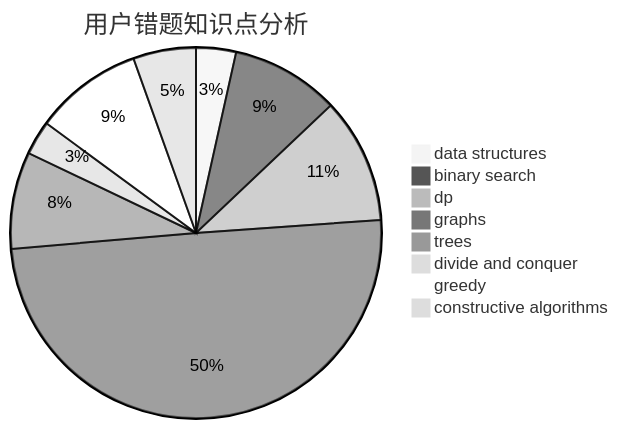
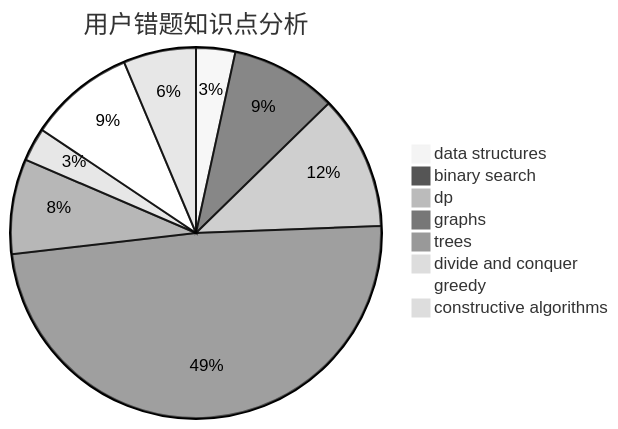
The third of 3 diagrams in docs/user/u1175.md (sherpahu/cfrs.github.io), drawn with Mermaid (neutral theme) before and after one commit. The commit also changed other lines of this file and 2770 other files, not shown here.

````diff
--- a/docs/user/u1175.md
+++ b/docs/user/u1175.md
@@ -36,11 +36,11 @@
 ```mermaid
 pie title 用户错题知识点分析
     "data structures" :  7
     "binary search" :  19
-    "dp" :  22
+    "dp" :  24
     "graphs" :  100
     "trees" :  17
     "divide and conquer" :  6
     "greedy" :  19
-    "constructive algorithms" :  11
+    "constructive algorithms" :  13
 ```
````
